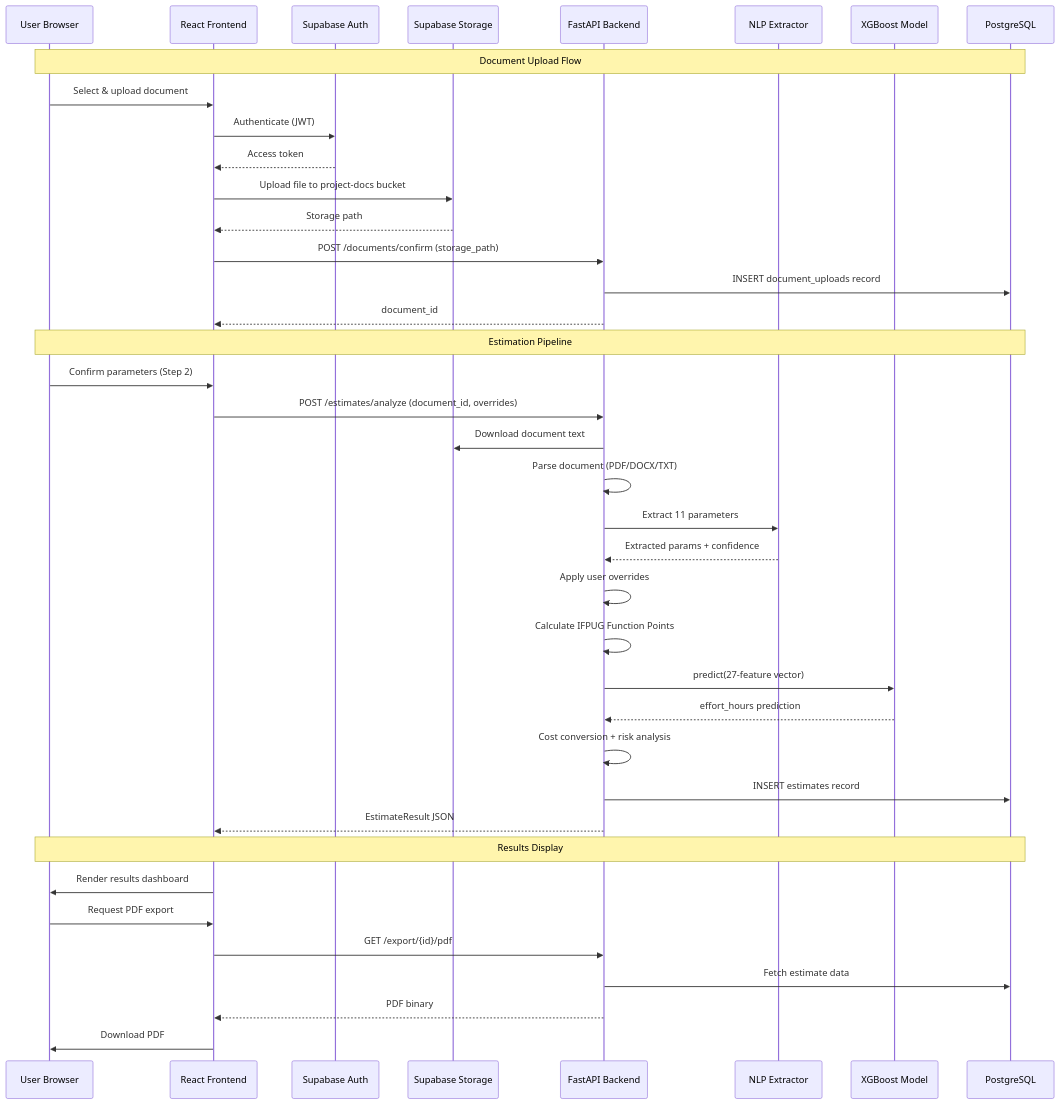
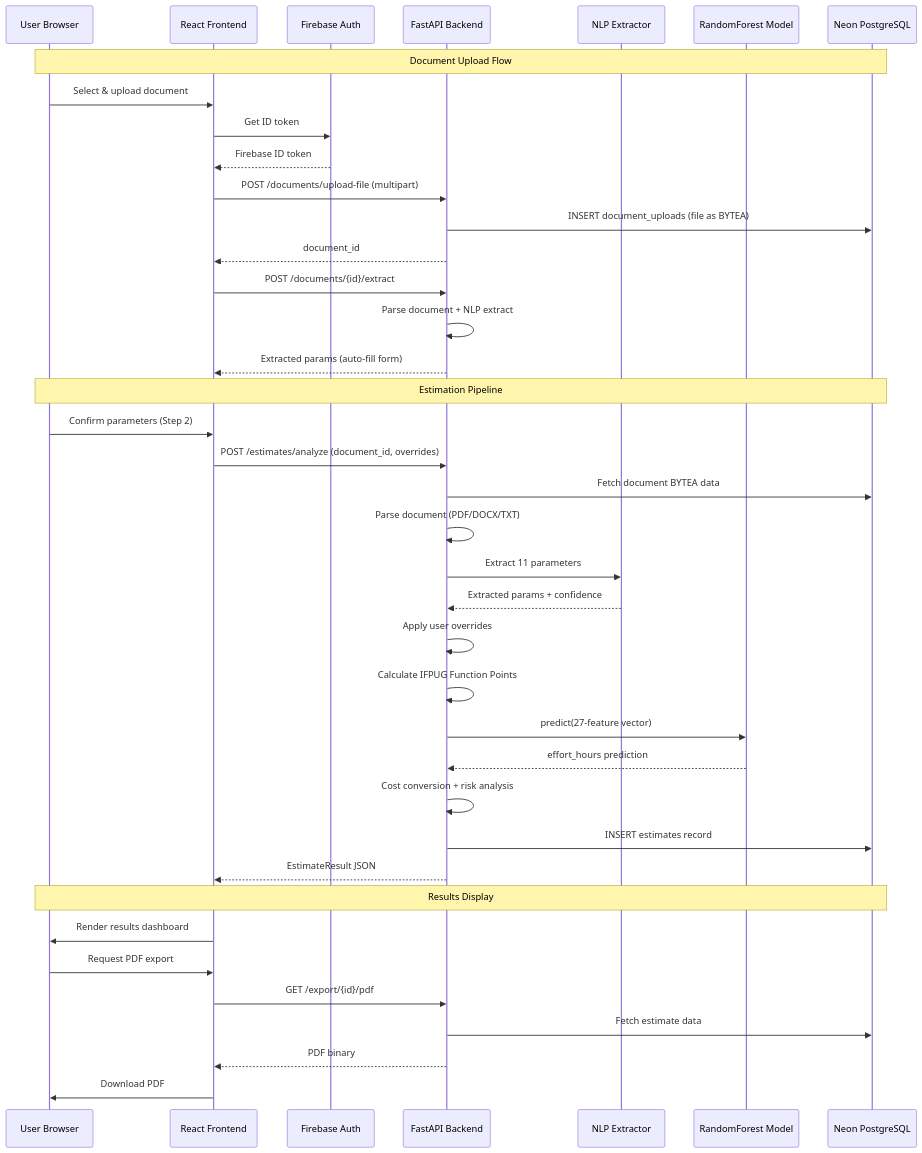
One commit to AtharvS7/PredictIQ changed the second of 15 diagrams in docs/walkthrough.md. Above: the diagram before and after it, drawn with Mermaid. The commit also changed other lines of this file, not shown here.

First line of the commit message:
docs: update walkthrough v3.0.0 — Firebase Auth + Neon PostgreSQL migration

````diff
--- a/docs/walkthrough.md
+++ b/docs/walkthrough.md
@@ -240,44 +236,44 @@
 ```mermaid
 sequenceDiagram
     participant U as User Browser
     participant F as React Frontend
-    participant SA as Supabase Auth
-    participant SS as Supabase Storage
+    participant FA as Firebase Auth
     participant B as FastAPI Backend
     participant NLP as NLP Extractor
-    participant ML as XGBoost Model
-    participant DB as PostgreSQL
+    participant ML as RandomForest Model
+    participant DB as Neon PostgreSQL
 
     Note over U,DB: Document Upload Flow
     U->>F: Select & upload document
-    F->>SA: Authenticate (JWT)
-    SA-->>F: Access token
-    F->>SS: Upload file to project-docs bucket
-    SS-->>F: Storage path
-    F->>B: POST /documents/confirm (storage_path)
-    B->>DB: INSERT document_uploads record
+    F->>FA: Get ID token
+    FA-->>F: Firebase ID token
+    F->>B: POST /documents/upload-file (multipart)
+    B->>DB: INSERT document_uploads (file as BYTEA)
     B-->>F: document_id
+    F->>B: POST /documents/{id}/extract
+    B->>B: Parse document + NLP extract
+    B-->>F: Extracted params (auto-fill form)
 
     Note over U,DB: Estimation Pipeline
     U->>F: Confirm parameters (Step 2)
     F->>B: POST /estimates/analyze (document_id, overrides)
-    B->>SS: Download document text
+    B->>DB: Fetch document BYTEA data
     B->>B: Parse document (PDF/DOCX/TXT)
     B->>NLP: Extract 11 parameters
     NLP-->>B: Extracted params + confidence
     B->>B: Apply user overrides
     B->>B: Calculate IFPUG Function Points
     B->>ML: predict(27-feature vector)
     ML-->>B: effort_hours prediction
     B->>B: Cost conversion + risk analysis
     B->>DB: INSERT estimates record
     B-->>F: EstimateResult JSON
 
     Note over U,DB: Results Display
     F->>U: Render results dashboard
     U->>F: Request PDF export
     F->>B: GET /export/{id}/pdf
     B->>DB: Fetch estimate data
     B-->>F: PDF binary
     F->>U: Download PDF
 ```
````
